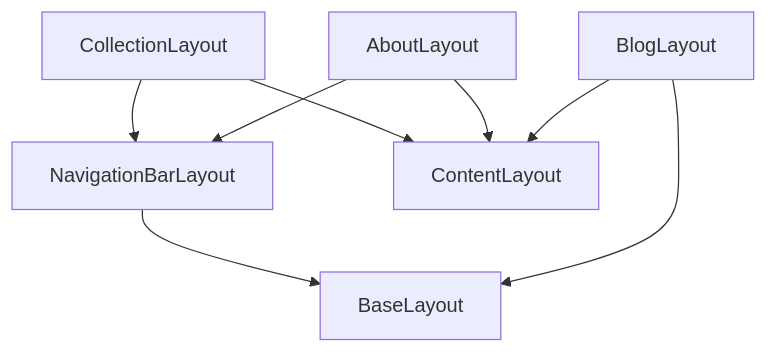
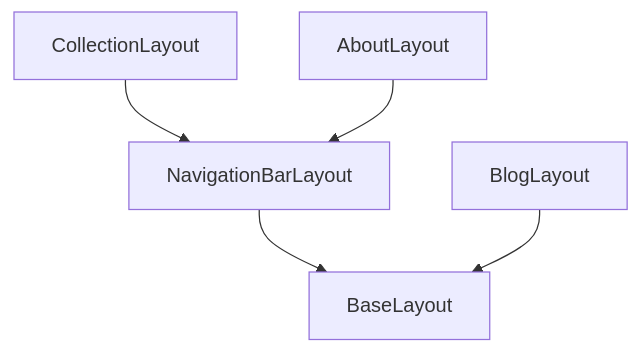
One commit to TheJiahao/TheJiahao.github.io changed the second of 2 diagrams in docs/architecture.md. Above: the diagram before and after it, drawn with Mermaid.

Commit message:
docs: 📚️ Remove ContentLayout

````diff
--- a/docs/architecture.md
+++ b/docs/architecture.md
@@ -47,13 +47,10 @@
 ```mermaid
 graph TB
 NavigationBarLayout --> BaseLayout
 
 CollectionLayout --> NavigationBarLayout
-CollectionLayout --> ContentLayout
 
 AboutLayout --> NavigationBarLayout
-AboutLayout --> ContentLayout
 
 BlogLayout --> BaseLayout
-BlogLayout --> ContentLayout
 ```
````
